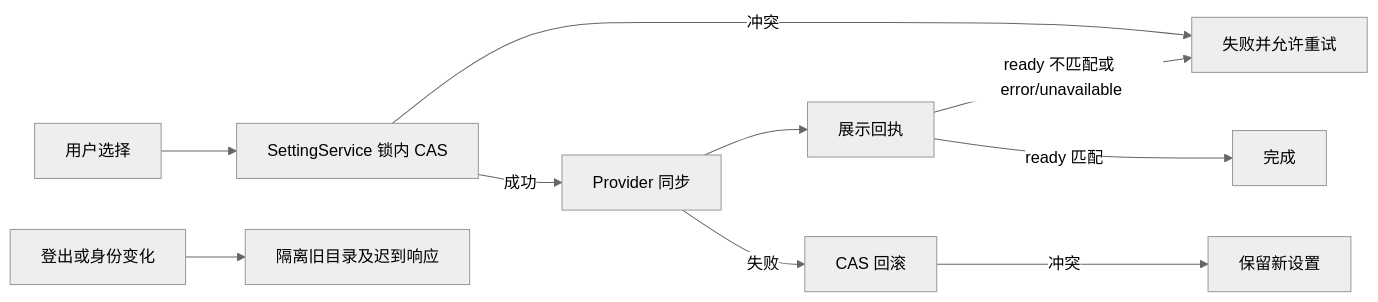
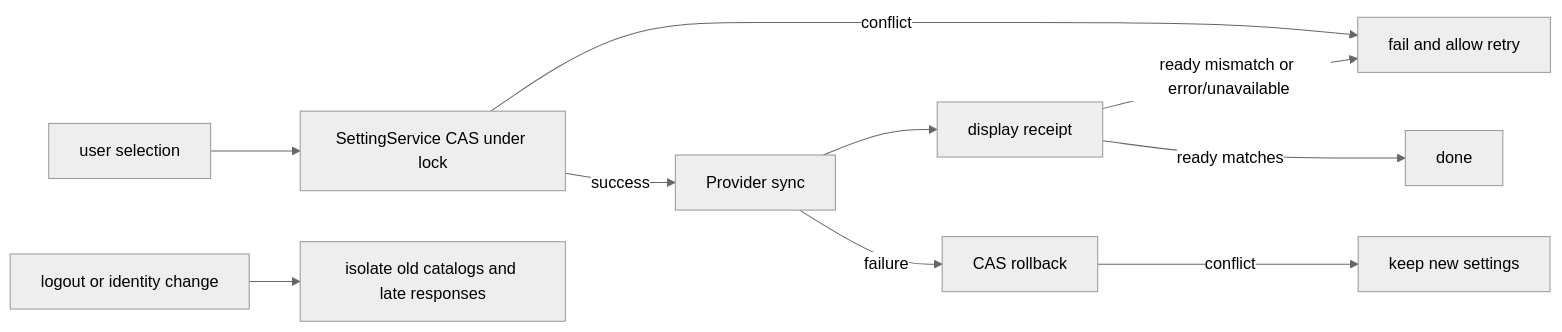
The diagram in docs/composer-model-thinking.md (osben/ZCode), drawn with Mermaid (neutral theme) before and after one commit. The commit also changed other lines of this file and 9 other files, not shown here.

````diff
--- a/docs/composer-model-thinking.md
+++ b/docs/composer-model-thinking.md
@@ -273,12 +206,12 @@
 ```mermaid
 flowchart LR
-  A[用户选择] --> B[SettingService 锁内 CAS]
-  B -->|冲突| F[失败并允许重试]
-  B -->|成功| C[Provider 同步]
-  C --> D[展示回执]
-  D -->|ready 匹配| E[完成]
-  D -->|ready 不匹配或 error/unavailable| F
-  C -->|失败| G[CAS 回滚]
-  G -->|冲突| H[保留新设置]
-  I[登出或身份变化] --> J[隔离旧目录及迟到响应]
+  A[user selection] --> B[SettingService CAS under lock]
+  B -->|conflict| F[fail and allow retry]
+  B -->|success| C[Provider sync]
+  C --> D[display receipt]
+  D -->|ready matches| E[done]
+  D -->|ready mismatch or error/unavailable| F
+  C -->|failure| G[CAS rollback]
+  G -->|conflict| H[keep new settings]
+  I[logout or identity change] --> J[isolate old catalogs and late responses]
 ```
````
